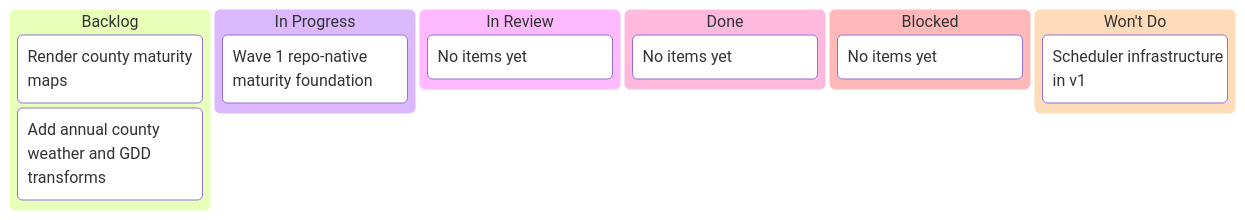
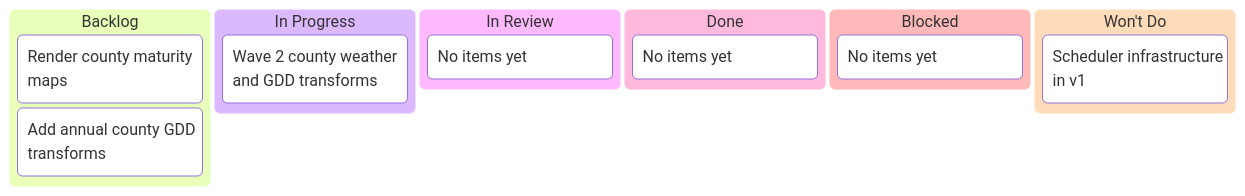
Before and after one commit to SuperiorByteWorks-LLC/ag-skills-demo: the diagram in docs/project/kanban/project-maturity-by-fips.md, drawn with Mermaid. The commit also changed other lines of this file and 2 other files, not shown here.

First line of the commit message:
docs(maturity): record county weather checkpoint

````diff
--- a/docs/project/kanban/project-maturity-by-fips.md
+++ b/docs/project/kanban/project-maturity-by-fips.md
@@ -16,16 +16,16 @@
 ```mermaid
 kanban
     Backlog
         task1[Render county maturity maps]
-        task2[Add annual county weather and GDD transforms]
+        task2[Add annual county GDD transforms]
     In Progress
-        task3[Wave 1 repo-native maturity foundation]
+        task3[Wave 2 county weather and GDD transforms]
     In Review
         [No items yet]
     Done
         [No items yet]
     Blocked
         [No items yet]
     Won't Do
         task4[Scheduler infrastructure in v1]
 ```
````
